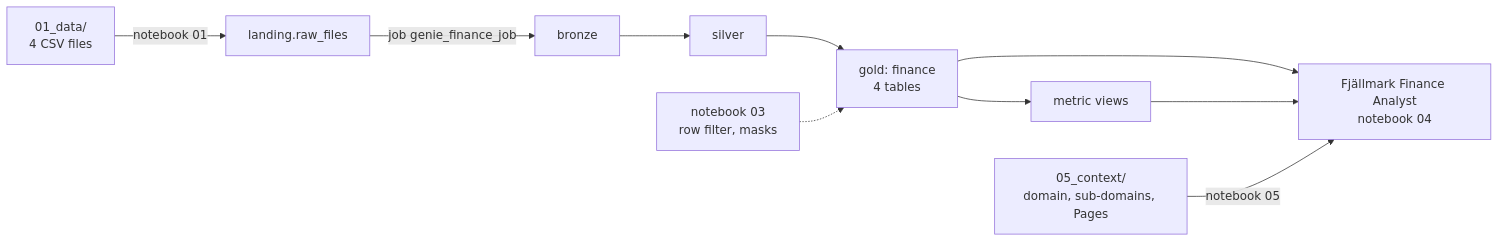
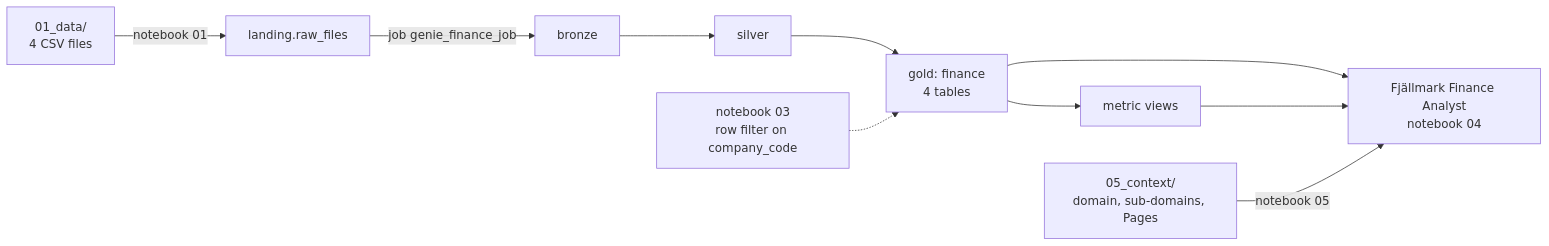
Before and after one commit to dediggibyte/genie_bootcamp_diggibyte: the diagram in bootcamp_domain/finance/README.md, drawn with Mermaid. The commit also changed other lines of this file and 30 other files, not shown here.

First line of the commit message:
Simplify governance to one row filter driven by the user id

````diff
--- a/bootcamp_domain/finance/README.md
+++ b/bootcamp_domain/finance/README.md
@@ -49,10 +49,10 @@
 ```mermaid
 flowchart LR
     CSV["01_data/<br/>4 CSV files"] -->|"notebook 01"| VOL["landing.raw_files"]
     VOL -->|"job genie_finance_job"| BR["bronze"] --> SI["silver"] --> GO["gold: finance<br/>4 tables"]
     GO --> MV["metric views"]
-    GOV["notebook 03<br/>row filter, masks"] -.-> GO
+    GOV["notebook 03<br/>row filter on company_code"] -.-> GO
     GO --> AG["Fjällmark Finance Analyst<br/>notebook 04"]
     MV --> AG
     CTX["05_context/<br/>domain, sub-domains, Pages"] -->|"notebook 05"| AG
 ```
````
